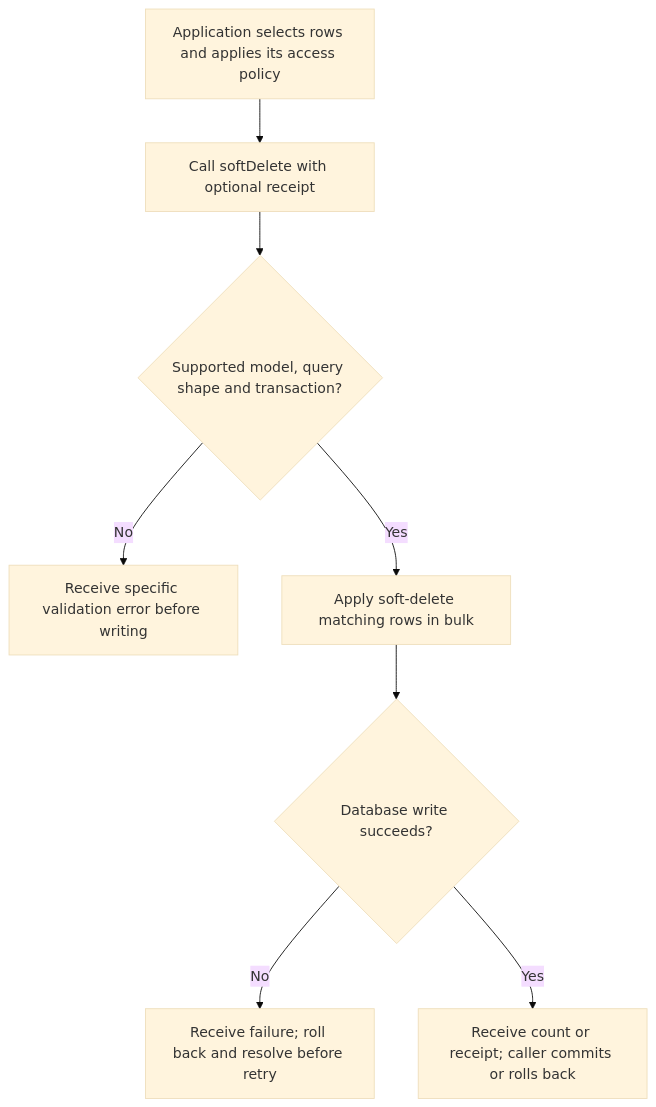
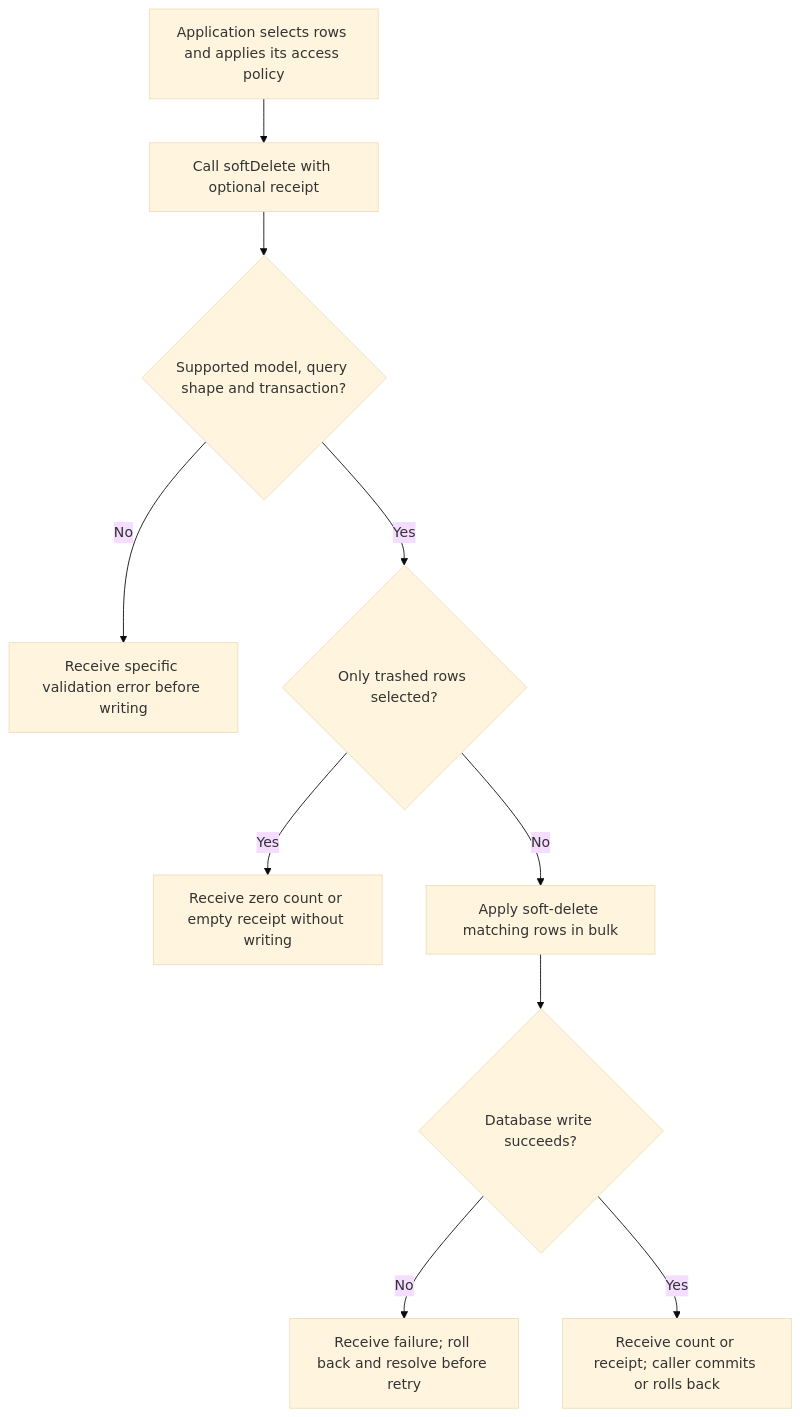
Before and after one commit to Kevinjohn/oss-adonisjs-lucid-soft-delete: the first of 2 diagrams in user-stories/bulk-operations/us-app-05-bulk-lifecycle.md, drawn with Mermaid (base theme). The commit also changed other lines of this file and 1 other file, not shown here.

````diff
--- a/user-stories/bulk-operations/us-app-05-bulk-lifecycle.md
+++ b/user-stories/bulk-operations/us-app-05-bulk-lifecycle.md
@@ -24,10 +24,12 @@
 ```mermaid
 flowchart TD
     A["Application selects rows and applies its access policy"] --> B["Call softDelete with optional receipt"]
     B --> C{"Supported model, query shape and transaction?"}
     C -->|No| D["Receive specific validation error before writing"]
-    C -->|Yes| E["Apply soft-delete matching rows in bulk"]
+    C -->|Yes| M{"Only trashed rows selected?"}
+    M -->|Yes| N["Receive zero count or empty receipt without writing"]
+    M -->|No| E["Apply soft-delete matching rows in bulk"]
     E --> F{"Database write succeeds?"}
     F -->|No| G["Receive failure; roll back and resolve before retry"]
     F -->|Yes| H["Receive count or receipt; caller commits or rolls back"]
 ```
````
